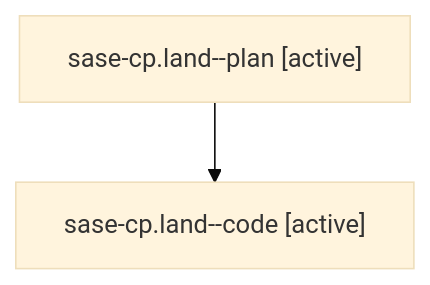
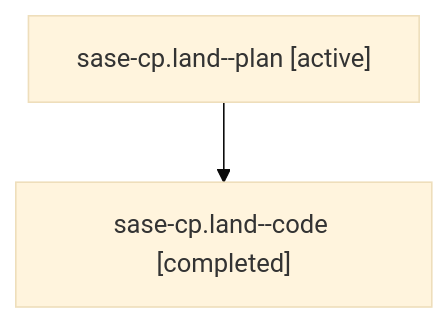
The diagram in families/bbugyi200.athena.sase-cp.land.md (sase-org/sase--agents), drawn with Mermaid (base theme) before and after one commit. The commit also changed other lines of this file and 5813 other files, not shown here.

````diff
--- a/families/bbugyi200.athena.sase-cp.land.md
+++ b/families/bbugyi200.athena.sase-cp.land.md
@@ -9,6 +9,6 @@
 ```mermaid
 flowchart TD
   n0["sase-cp.land--plan [active]"]
-  n1["sase-cp.land--code [active]"]
+  n1["sase-cp.land--code [completed]"]
   n0 --> n1
 ```
````
